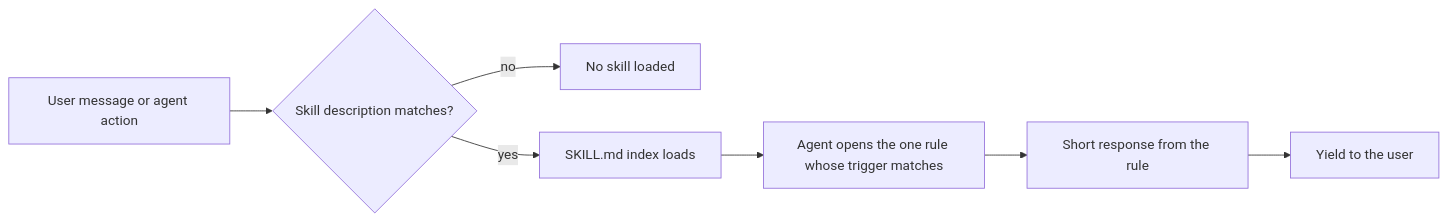
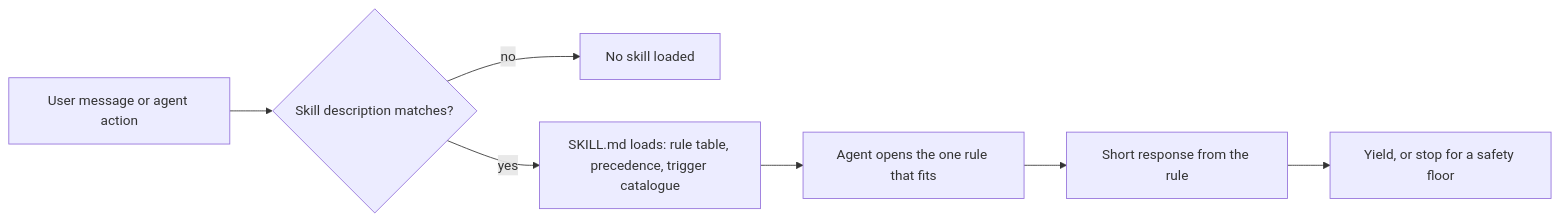
Before and after one commit to kvmadden/operator-skills: the diagram in README.md, drawn with Mermaid. The commit also changed other lines of this file and 5 other files, not shown here.

````diff
--- a/README.md
+++ b/README.md
@@ -13,9 +24,9 @@
 ```mermaid
 flowchart LR
     A[User message or agent action] --> B{Skill description matches?}
     B -- no --> Z[No skill loaded]
-    B -- yes --> C[SKILL.md index loads]
-    C --> D[Agent opens the one rule whose trigger matches]
+    B -- yes --> C[SKILL.md loads: rule table, precedence, trigger catalogue]
+    C --> D[Agent opens the one rule that fits]
     D --> E[Short response from the rule]
-    E --> F[Yield to the user]
+    E --> F[Yield, or stop for a safety floor]
 ```
````
